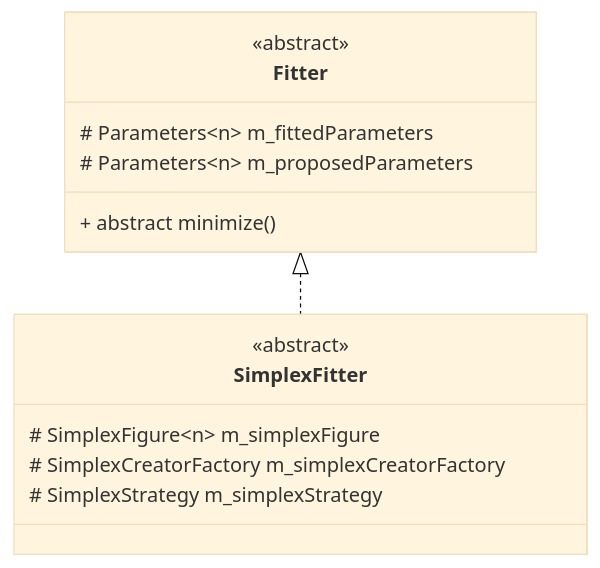
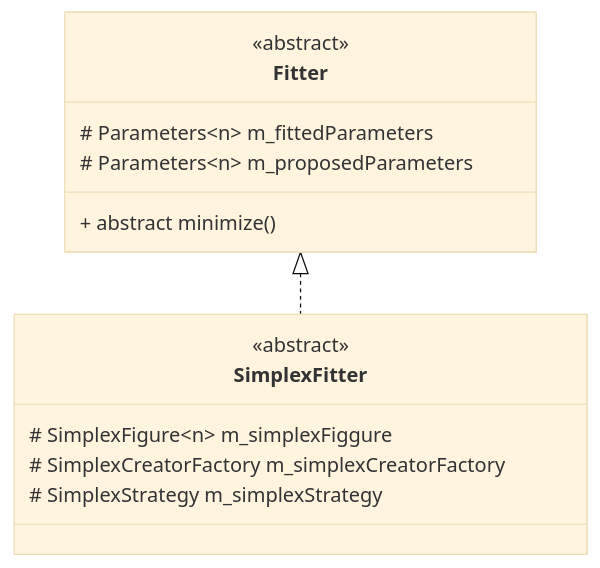
One commit to SirJamesClarkMaxwell/NumericStorm changed the diagram in NumericStorm/documentation/Fitting/Nealder-Mead/SimplexFitter.md. Above: the diagram before and after it, drawn with Mermaid (base theme). The commit also changed other lines of this file, not shown here.

Commit message:
corrected english in SimplexFitter docs

````diff
--- a/NumericStorm/documentation/Fitting/Nealder-Mead/SimplexFitter.md
+++ b/NumericStorm/documentation/Fitting/Nealder-Mead/SimplexFitter.md
@@ -5,17 +5,17 @@
 ```mermaid
 classDiagram
 class Fitter{
     <<abstract>>
     # Parameters~n~ m_fittedParameters
     # Parameters~n~ m_proposedParameters
 }
 Fitter: + abstract minimize()
 class SimplexFitter{
     <<abstract>>
-    # SimplexFigure~n~ m_simplexFigure
+    # SimplexFigure~n~ m_simplexFiggure
     # SimplexCreatorFactory m_simplexCreatorFactory
     # SimplexStrategy m_simplexStrategy
 
 }
 Fitter <|.. SimplexFitter
 ```
````
